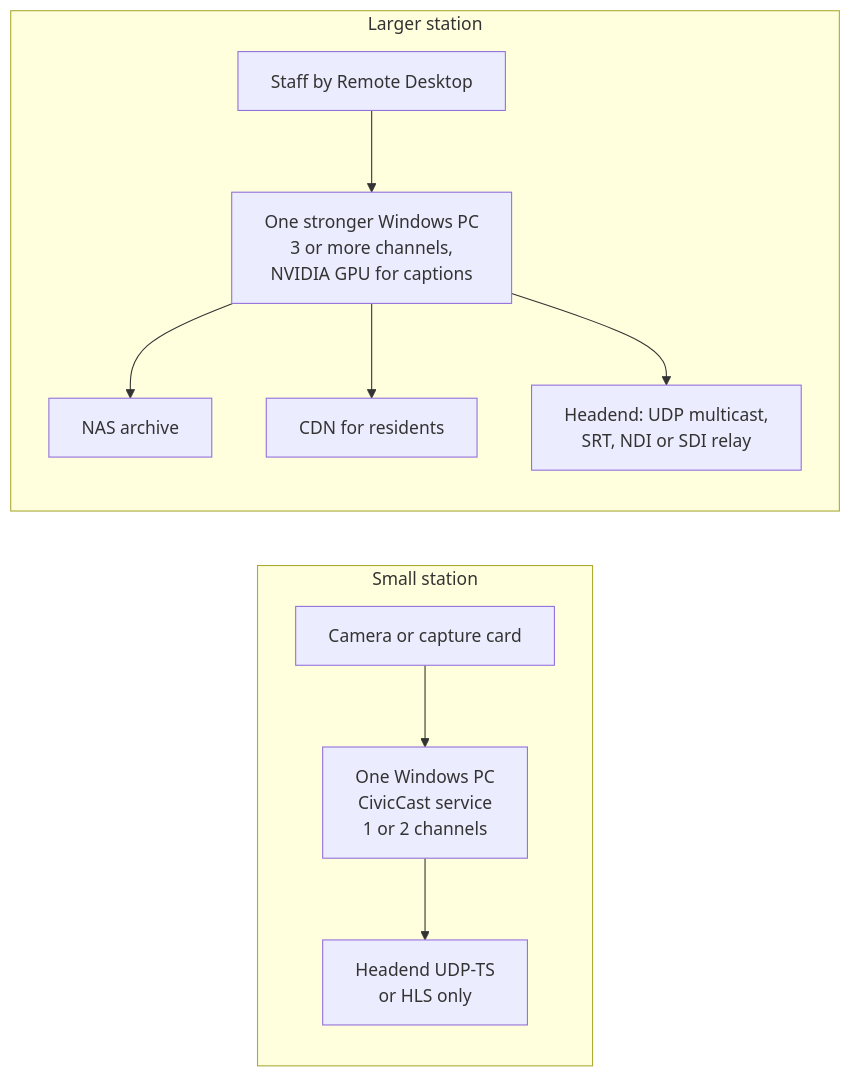
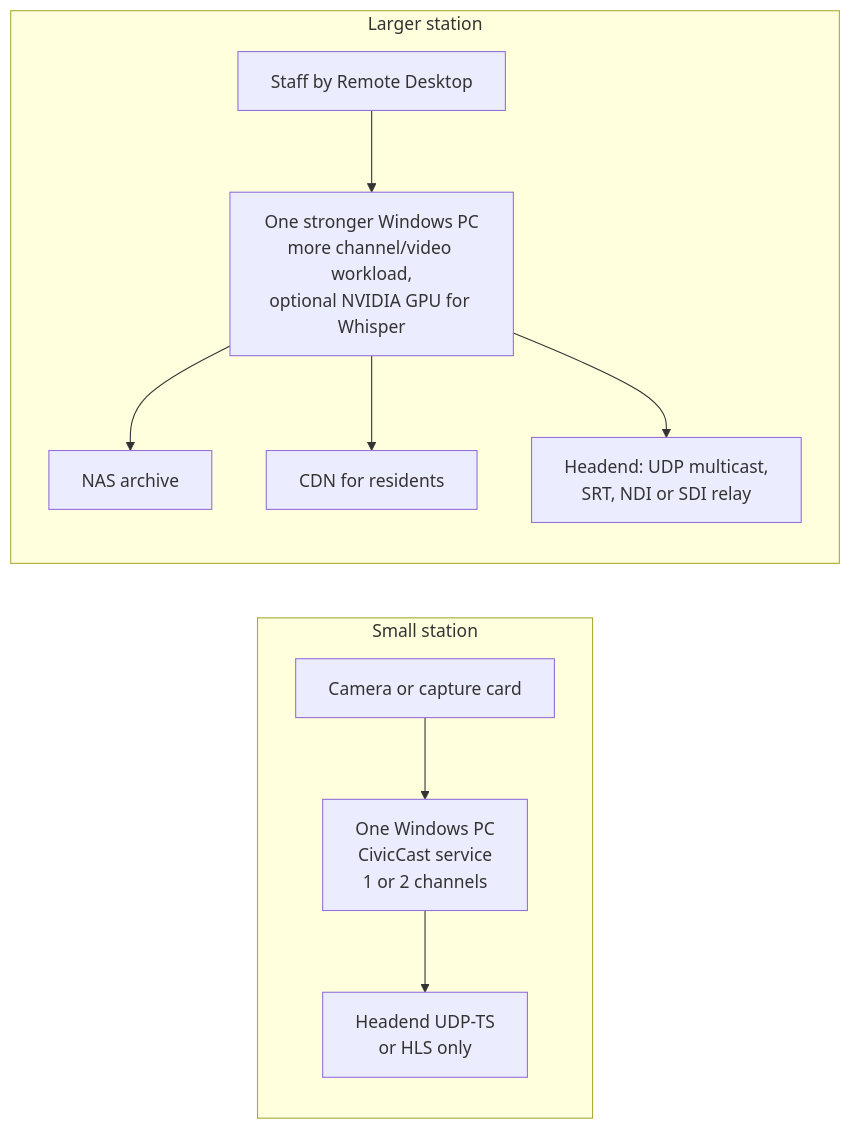
One commit to scottconverse/civiccast-native changed diagram 16 of 16 in docs/manual/src/30-architecture.md. Above: the diagram before and after it, drawn with Mermaid. The commit also changed other lines of this file and 166 other files, not shown here.

````diff
--- a/docs/manual/src/30-architecture.md
+++ b/docs/manual/src/30-architecture.md
@@ -773,20 +773,20 @@
 ```mermaid
 flowchart LR
     subgraph SMALL["Small station"]
         S1["One Windows PC<br/>CivicCast service<br/>1 or 2 channels"]
         S2["Camera or capture card"]
         S3["Headend UDP-TS<br/>or HLS only"]
         S2 --> S1 --> S3
     end
     subgraph LARGE["Larger station"]
-        L1["One stronger Windows PC<br/>3 or more channels,<br/>NVIDIA GPU for captions"]
+        L1["One stronger Windows PC<br/>more channel/video workload,<br/>optional NVIDIA GPU for Whisper"]
         L2["NAS archive"]
         L3["CDN for residents"]
         L4["Headend: UDP multicast,<br/>SRT, NDI or SDI relay"]
         L5["Staff by Remote Desktop"]
         L1 --> L2
         L1 --> L3
         L1 --> L4
         L5 --> L1
     end
 ```
````
